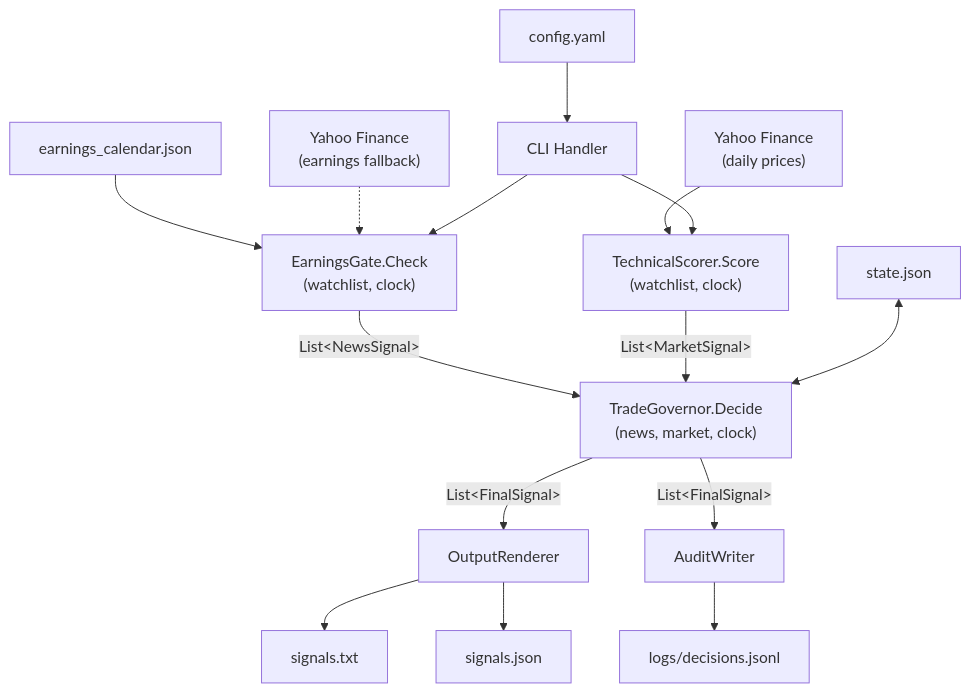
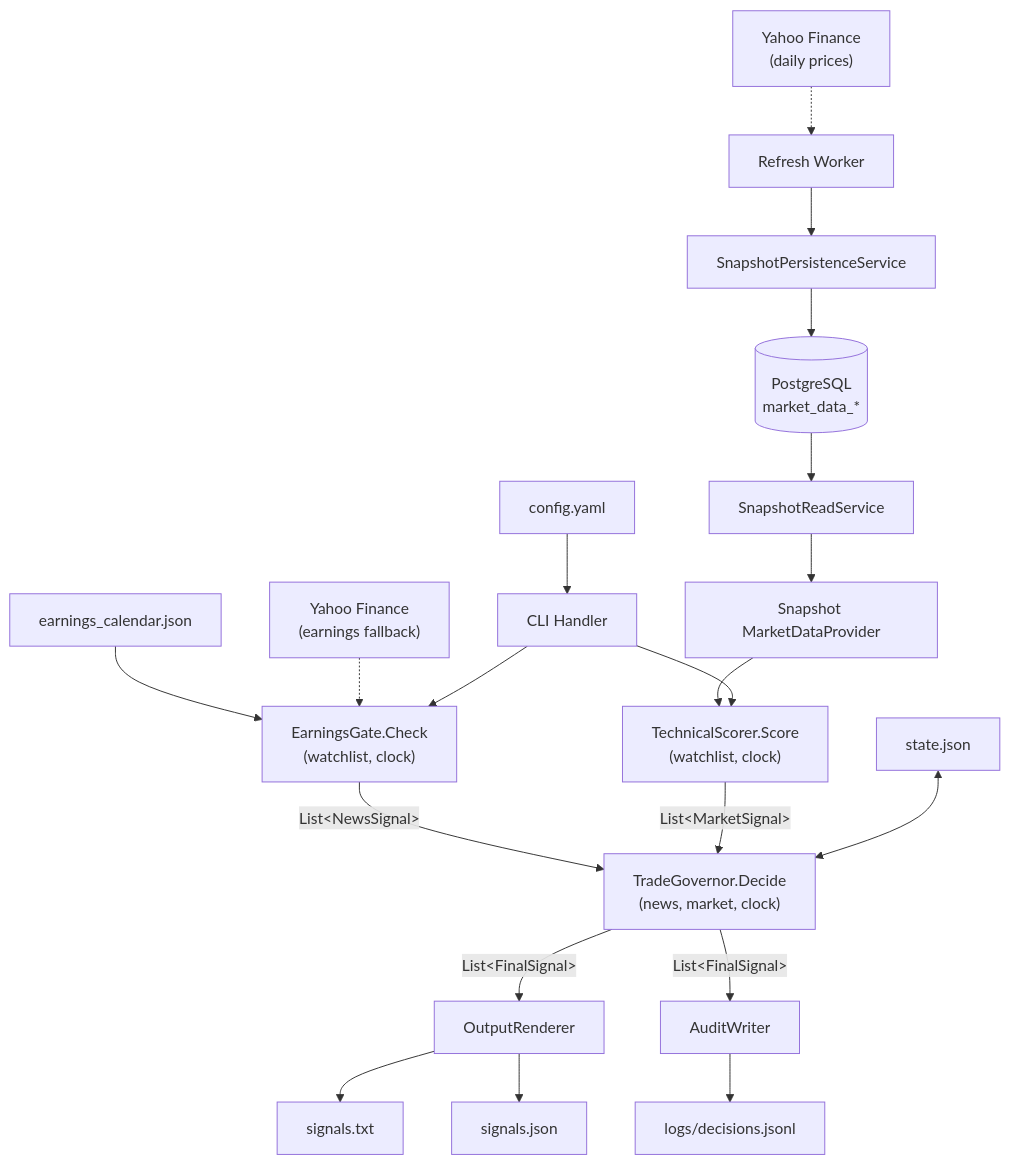
Before and after one commit to mev-tech/blowing-candles: the second of 2 diagrams in docs/architecture.md, drawn with Mermaid. The commit also changed other lines of this file and 44 other files, not shown here.

Commit message:
feat: tenth feature implemented - market-data-persistence

````diff
--- a/docs/architecture.md
+++ b/docs/architecture.md
@@ -105,22 +114,27 @@
 ```mermaid
 flowchart TD
     CONFIG["config.yaml"] --> CLI["CLI Handler"]
     CALENDAR["earnings_calendar.json"] --> EG
-    YAHOO_E["Yahoo Finance\n(earnings fallback)"] -.-> EG
-    YAHOO_P["Yahoo Finance\n(daily prices)"] --> TS
+    YAHOO_E["Yahoo Finance<br>(earnings fallback)"] -.-> EG
+    YAHOO_P["Yahoo Finance\n(daily prices)"] -.-> REFRESH["Refresh Worker"]
+    REFRESH --> PERSIST["SnapshotPersistenceService"]
+    PERSIST --> PG[("PostgreSQL\nmarket_data_*")]
+    PG --> READ["SnapshotReadService"]
+    READ --> PROVIDER["Snapshot MarketDataProvider"]
+    PROVIDER --> TS
 
     CLI --> EG["EarningsGate.Check\n(watchlist, clock)"]
     CLI --> TS["TechnicalScorer.Score\n(watchlist, clock)"]
 
     EG -->|"List&lt;NewsSignal&gt;"| TG["TradeGovernor.Decide\n(news, market, clock)"]
     TS -->|"List&lt;MarketSignal&gt;"| TG
 
     STATE["state.json"] <--> TG
 
     TG -->|"List&lt;FinalSignal&gt;"| OR["OutputRenderer"]
     TG -->|"List&lt;FinalSignal&gt;"| AW["AuditWriter"]
 
     OR --> TXT["signals.txt"]
     OR --> JSON["signals.json"]
     AW --> JSONL["logs/decisions.jsonl"]
 ```
````
